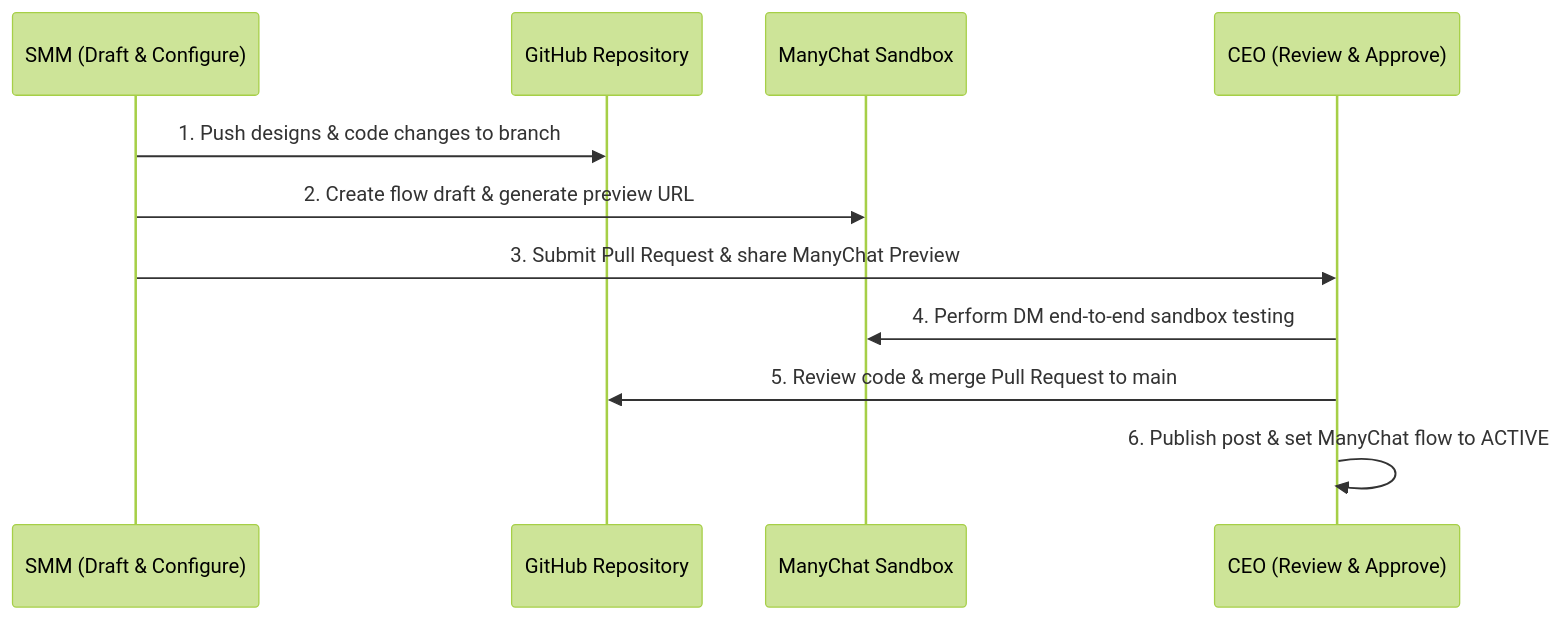
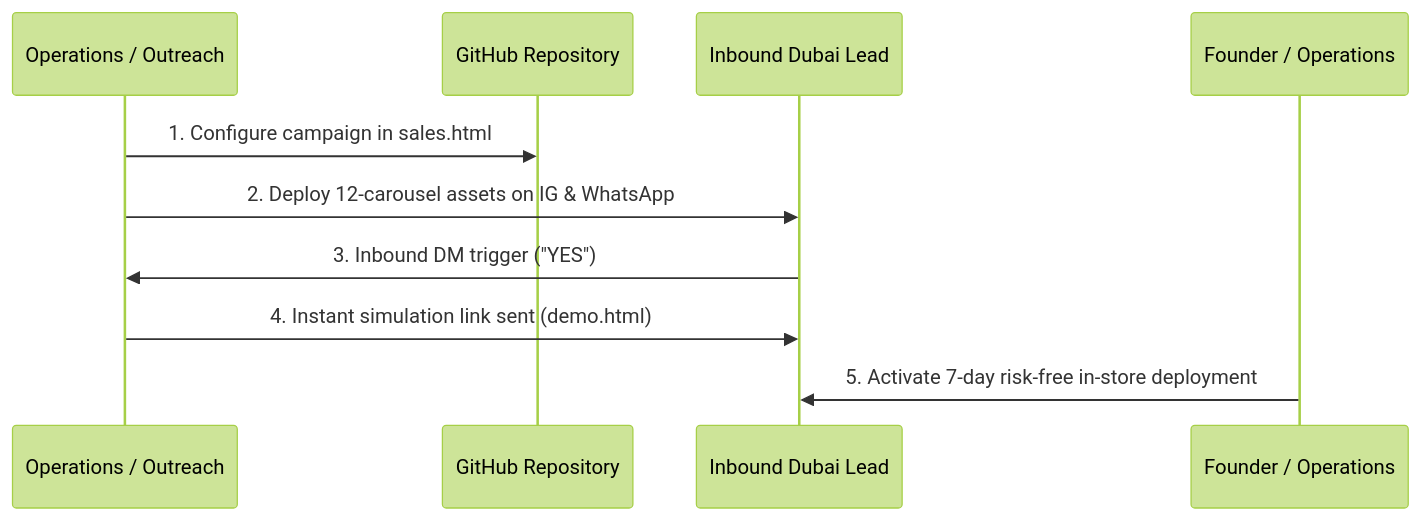
The second of 2 diagrams in social_media/instagram_automation_roadmap.md (metrixmediagency/RepoShield), drawn with Mermaid (forest theme) before and after one commit. The commit also changed other lines of this file and 2 other files, not shown here.

Commit message:
Sanitize assets_generator.html and Instagram strategy to 100% digital vector delivery and Dubai hospitality positioning

````diff
--- a/social_media/instagram_automation_roadmap.md
+++ b/social_media/instagram_automation_roadmap.md
@@ -84,14 +71,13 @@
 ```mermaid
 sequenceDiagram
-    participant SMM as SMM (Draft & Configure)
+    participant SMM as Operations / Outreach
     participant Repo as GitHub Repository
-    participant MC as ManyChat Sandbox
-    participant CEO as CEO (Review & Approve)
+    participant Lead as Inbound Dubai Lead
+    participant Founder as Founder / Operations
     
-    SMM->>Repo: 1. Push designs & code changes to branch
-    SMM->>MC: 2. Create flow draft & generate preview URL
-    SMM->>CEO: 3. Submit Pull Request & share ManyChat Preview
-    CEO->>MC: 4. Perform DM end-to-end sandbox testing
-    CEO->>Repo: 5. Review code & merge Pull Request to main
-    CEO->>CEO: 6. Publish post & set ManyChat flow to ACTIVE
+    SMM->>Repo: 1. Configure campaign in sales.html
+    SMM->>Lead: 2. Deploy 12-carousel assets on IG & WhatsApp
+    Lead->>SMM: 3. Inbound DM trigger ("YES")
+    SMM->>Lead: 4. Instant simulation link sent (demo.html)
+    Founder->>Lead: 5. Activate 7-day risk-free in-store deployment
 ```
````
